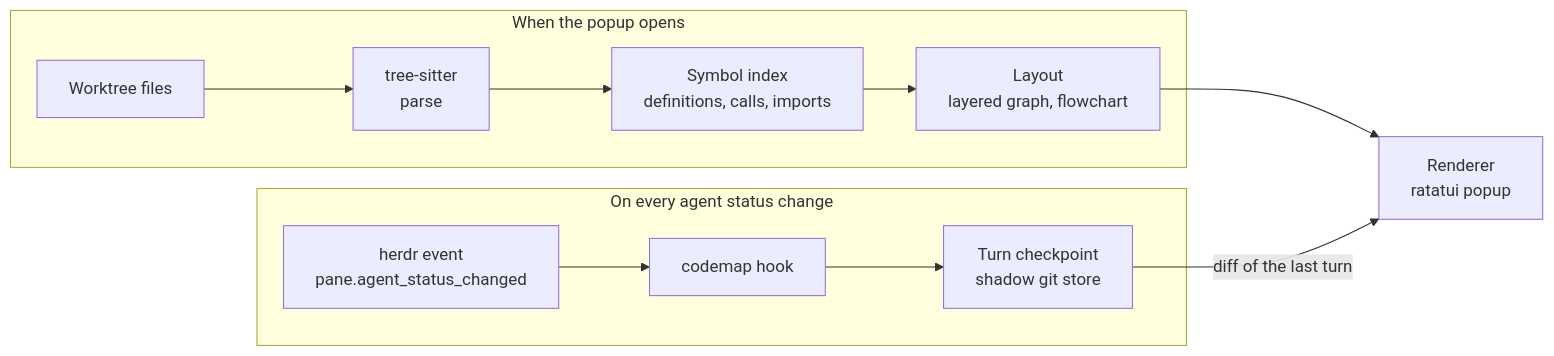
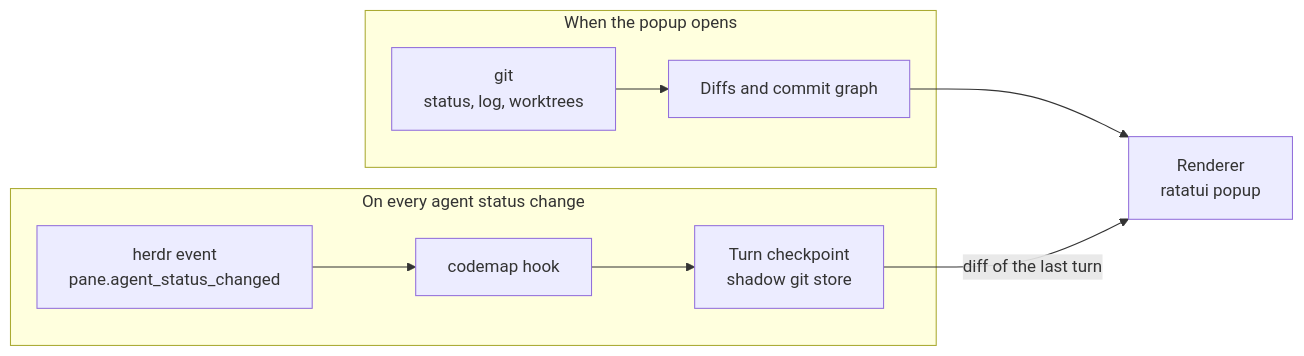
The diagram in README.md (Jenish-Shobhit/codeMap), drawn with Mermaid before and after one commit. The commit also changed other lines of this file and 59 other files, not shown here.

First line of the commit message:
refactor!: remove the Map and Flow views (#9)

````diff
--- a/README.md
+++ b/README.md
@@ -270,14 +223,12 @@
 ```mermaid
 flowchart LR
     subgraph read["When the popup opens"]
-        files["Worktree files"] --> ts["tree-sitter<br/>parse"]
-        ts --> index["Symbol index<br/>definitions, calls, imports"]
-        index --> layout["Layout<br/>layered graph, flowchart"]
+        git["git<br/>status, log, worktrees"] --> diff["Diffs and commit graph"]
     end
     subgraph record["On every agent status change"]
         event["herdr event<br/>pane.agent_status_changed"] --> hook["codemap hook"]
         hook --> checkpoint["Turn checkpoint<br/>shadow git store"]
     end
-    layout --> render["Renderer<br/>ratatui popup"]
+    diff --> render["Renderer<br/>ratatui popup"]
     checkpoint -- "diff of the last turn" --> render
 ```
````
